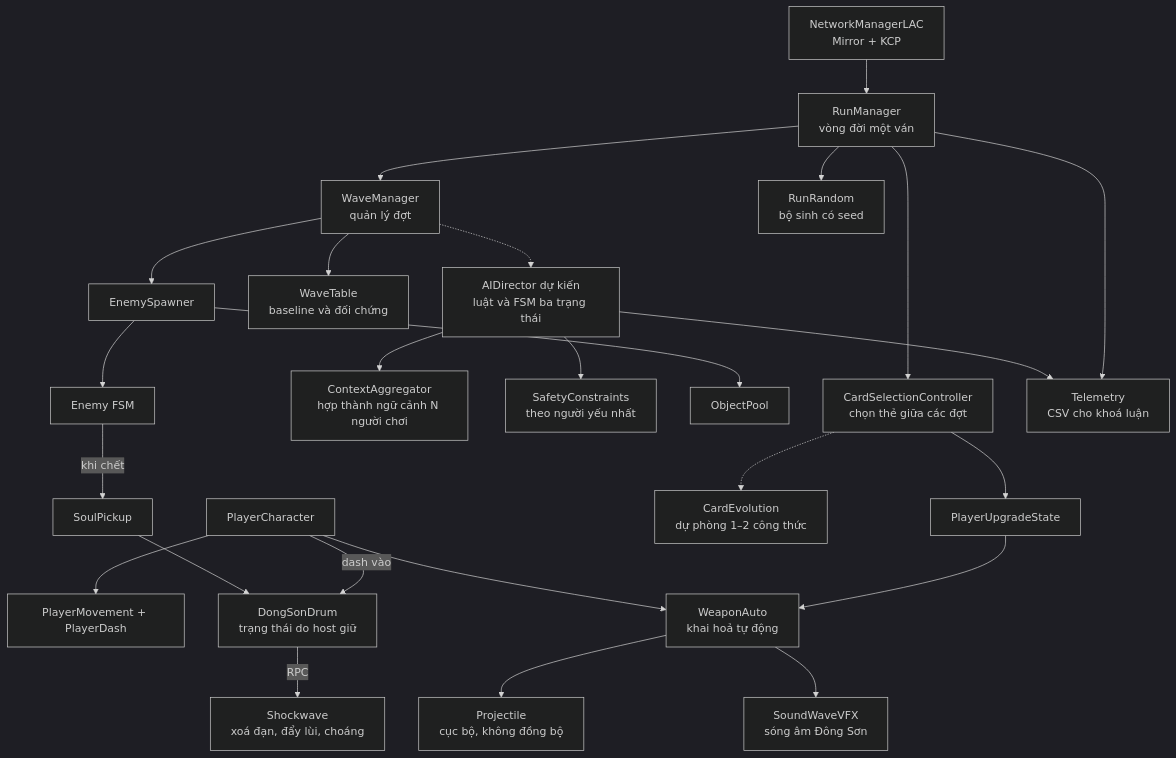
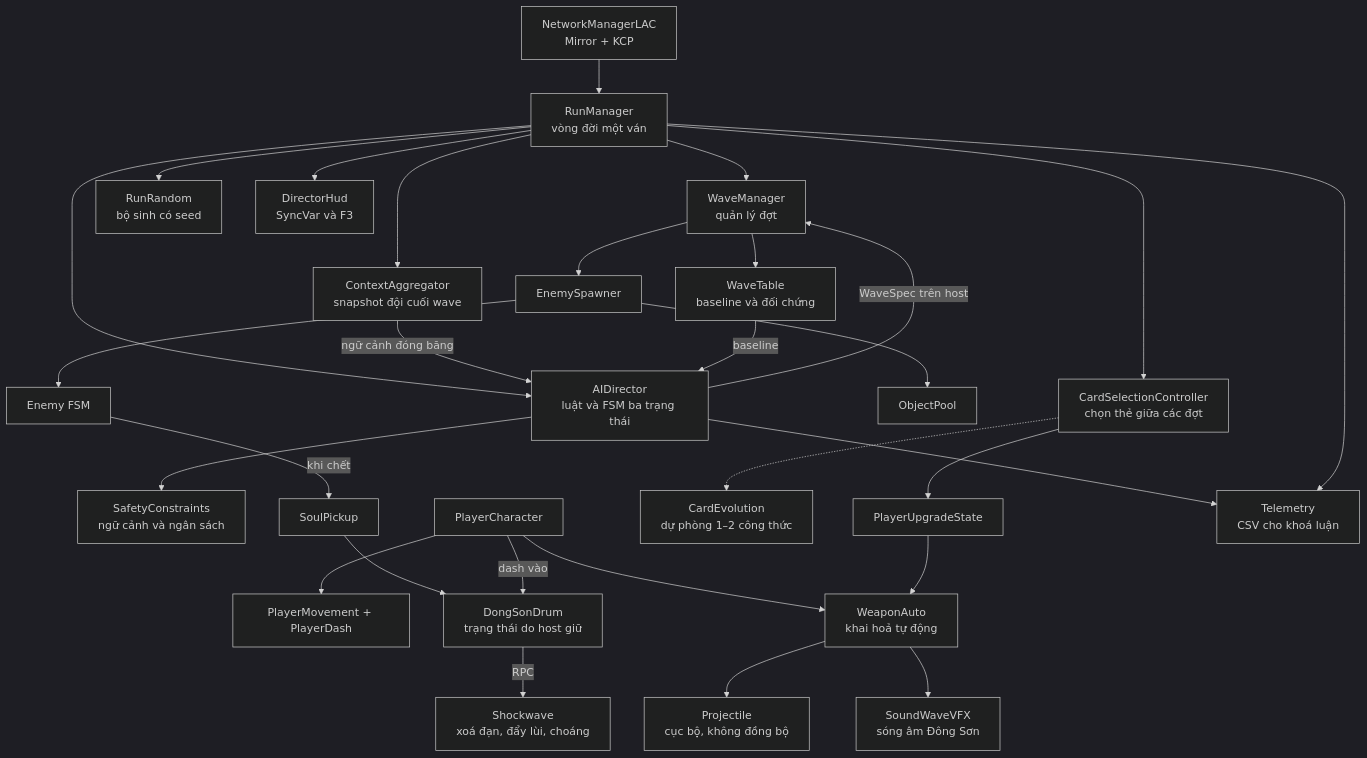
One commit to HyKiet/LAC changed the diagram in docs/ARCHITECTURE.md. Above: the diagram before and after it, drawn with Mermaid (dark theme). The commit also changed other lines of this file and 104 other files, not shown here.

Commit message:
feat(T-45,T-45B,T-46): add host rule director, team context and HUD telemetry

````diff
--- a/docs/ARCHITECTURE.md
+++ b/docs/ARCHITECTURE.md
@@ -13,33 +13,37 @@
 ```mermaid
 graph TD
     NM[NetworkManagerLAC<br/>Mirror + KCP] --> RM[RunManager<br/>vòng đời một ván]
     RM --> WM[WaveManager<br/>quản lý đợt]
     RM --> CM[CardSelectionController<br/>chọn thẻ giữa các đợt]
     RM --> RNG[RunRandom<br/>bộ sinh có seed]
 
-    WM -.-> DIR[AIDirector dự kiến<br/>luật và FSM ba trạng thái]
+    RM --> DIR[AIDirector<br/>luật và FSM ba trạng thái]
+    RM --> AGG[ContextAggregator<br/>snapshot đội cuối wave]
+    AGG -->|ngữ cảnh đóng băng| DIR
     WM --> FIX[WaveTable<br/>baseline và đối chứng]
-    DIR --> AGG[ContextAggregator<br/>hợp thành ngữ cảnh N người chơi]
-    DIR --> SAFE[SafetyConstraints<br/>theo người yếu nhất]
+    FIX -->|baseline| DIR
+    DIR --> SAFE[SafetyConstraints<br/>ngữ cảnh và ngân sách]
+    DIR -->|WaveSpec trên host| WM
+    RM --> HUD[DirectorHud<br/>SyncVar và F3]
     WM --> SPW[EnemySpawner]
 
     SPW --> POOL[ObjectPool]
     SPW --> ENE[Enemy FSM]
 
     PC[PlayerCharacter] --> MOV[PlayerMovement + PlayerDash]
     PC --> WEAP[WeaponAuto<br/>khai hoả tự động]
     WEAP --> PROJ[Projectile<br/>cục bộ, không đồng bộ]
     WEAP --> SFX[SoundWaveVFX<br/>sóng âm Đông Sơn]
 
     ENE -->|khi chết| SOUL[SoulPickup]
     SOUL --> DRUM[DongSonDrum<br/>trạng thái do host giữ]
     PC -->|dash vào| DRUM
     DRUM -->|RPC| SHOCK[Shockwave<br/>xoá đạn, đẩy lùi, choáng]
 
     CM -.-> EVO[CardEvolution<br/>dự phòng 1–2 công thức]
     CM --> STATS[PlayerUpgradeState]
     STATS --> WEAP
 
     DIR --> TEL[Telemetry<br/>CSV cho khoá luận]
     RM --> TEL
 ```
````
